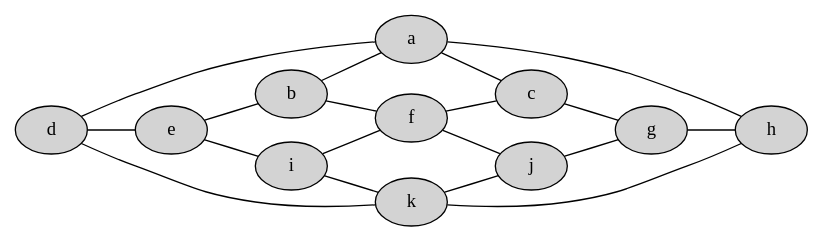
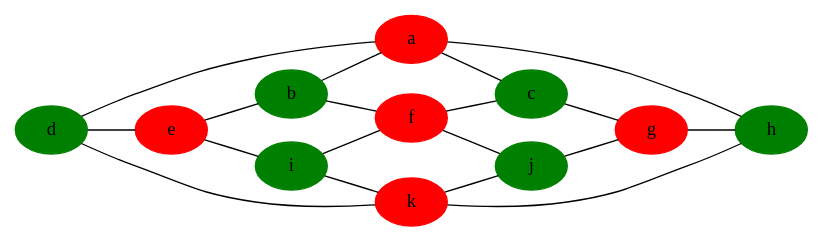
Before and after one commit to jaanos/diskretne-strukture-fim: the third of 5 diagrams in zapiski/2020-21/2021-01-13.md, drawn with Graphviz. The commit also changed other lines of this file, not shown here.

````diff
--- a/zapiski/2020-21/2021-01-13.md
+++ b/zapiski/2020-21/2021-01-13.md
@@ -59,25 +211,37 @@
 ```graphviz
 graph G2 {
   rankdir=LR
   node [style=filled]
+
+  a [color=red]
+  b [color=green]
+  c [color=green]
+  d [color=green]
+  h [color=green]
+  e [color=red]
+  f [color=red]
+  g [color=red]
+  k [color=red]
+  i [color=green]
+  j [color=green]
 
   d -- e
   e -- b
   e -- i
   d -- a
   b -- a
   b -- f
   i -- f
   i -- k
   d -- k
   a -- c
   f -- c
   f -- j
   k -- j
   c -- g
   j -- g
   a -- h
   k -- h
   g -- h
 }
 ```
````
